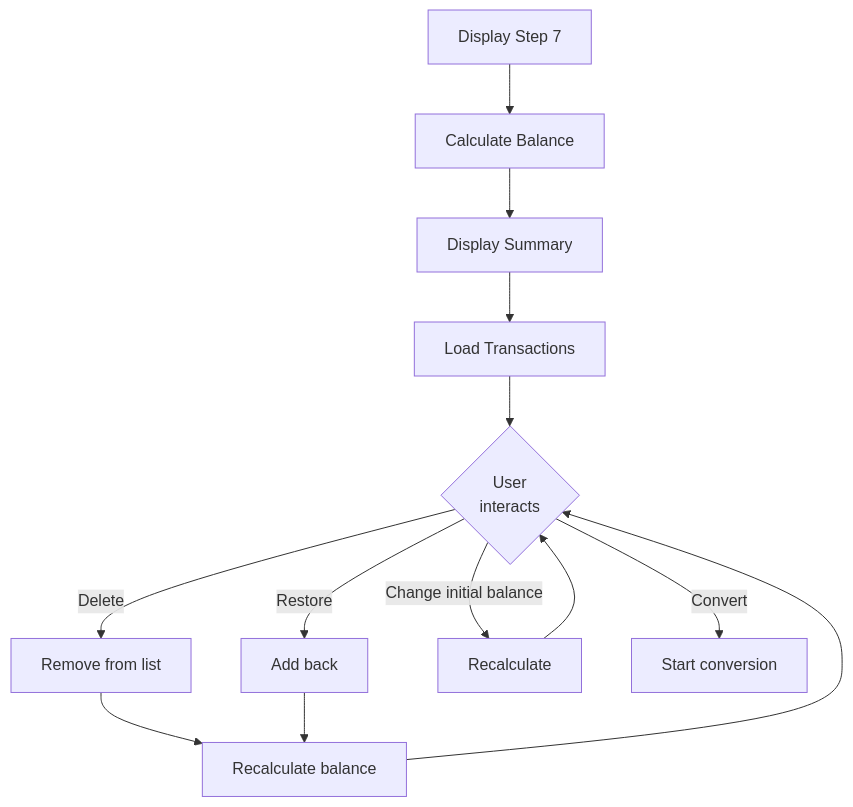
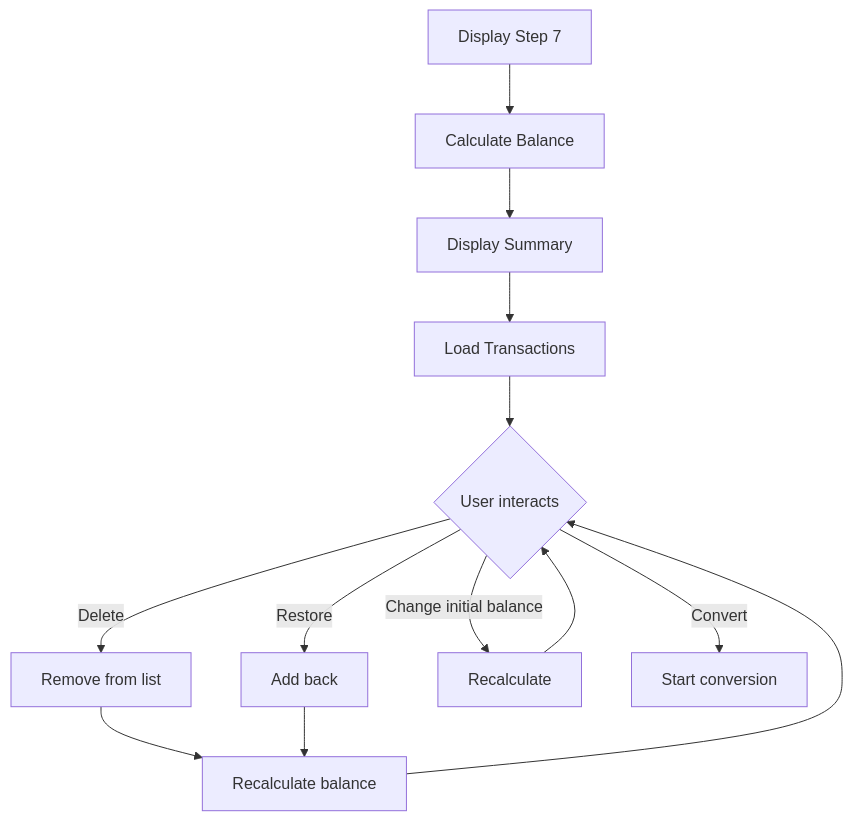
The second of 2 diagrams in docs/en/classes/WizardSteps.md (andrebarsotti/csv-to-ofx-converter), drawn with Mermaid before and after one commit. The commit also changed 13 other files, not shown here.

Commit message:
fix: Remove unsupported br tags from Mermaid diagrams for GitHub rendering

````diff
--- a/docs/en/classes/WizardSteps.md
+++ b/docs/en/classes/WizardSteps.md
@@ -255,19 +255,19 @@
 ```mermaid
 flowchart TD
     A[Display Step 7] --> B[Calculate Balance]
     B --> C[Display Summary]
     C --> D[Load Transactions]
-    D --> E{User<br/>interacts}
+    D --> E{User interacts}
     
     E -->|Delete| F[Remove from list]
     F --> G[Recalculate balance]
     G --> E
     
     E -->|Restore| H[Add back]
     H --> G
     
     E -->|Change initial balance| I[Recalculate]
     I --> E
     
     E -->|Convert| J[Start conversion]
 ```
````
